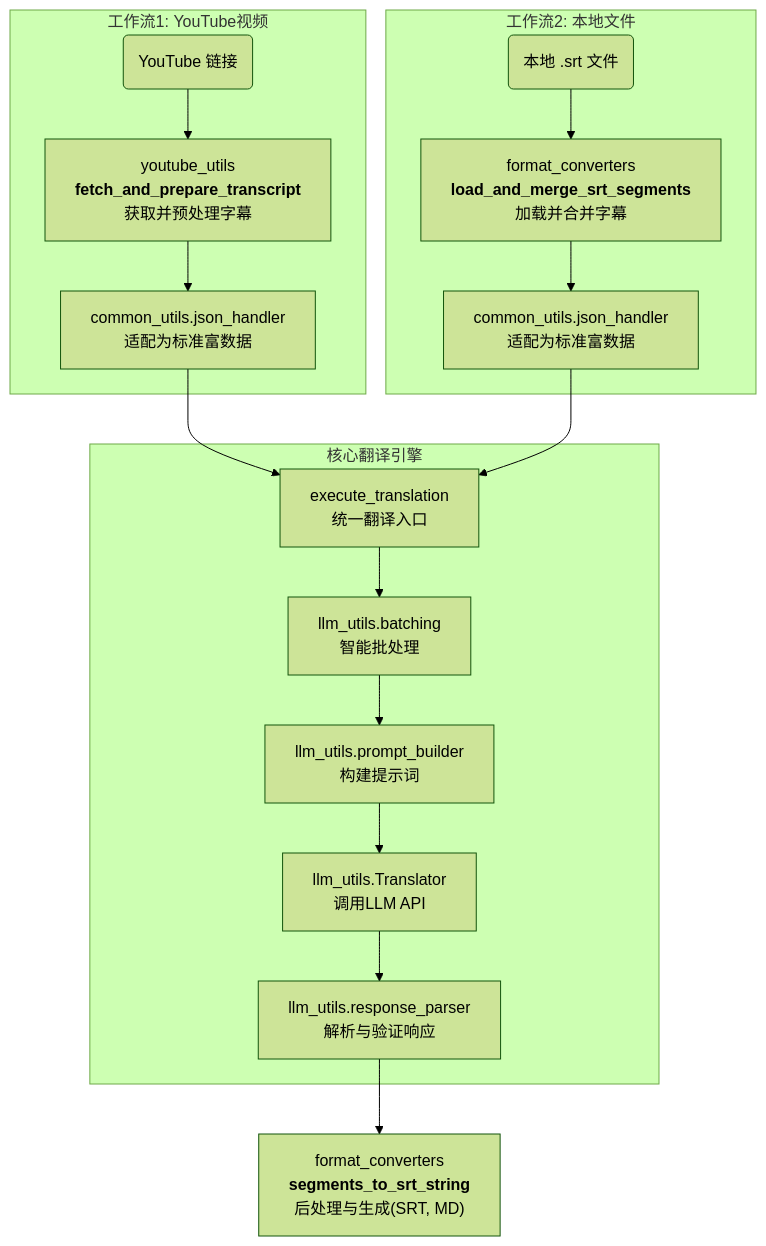
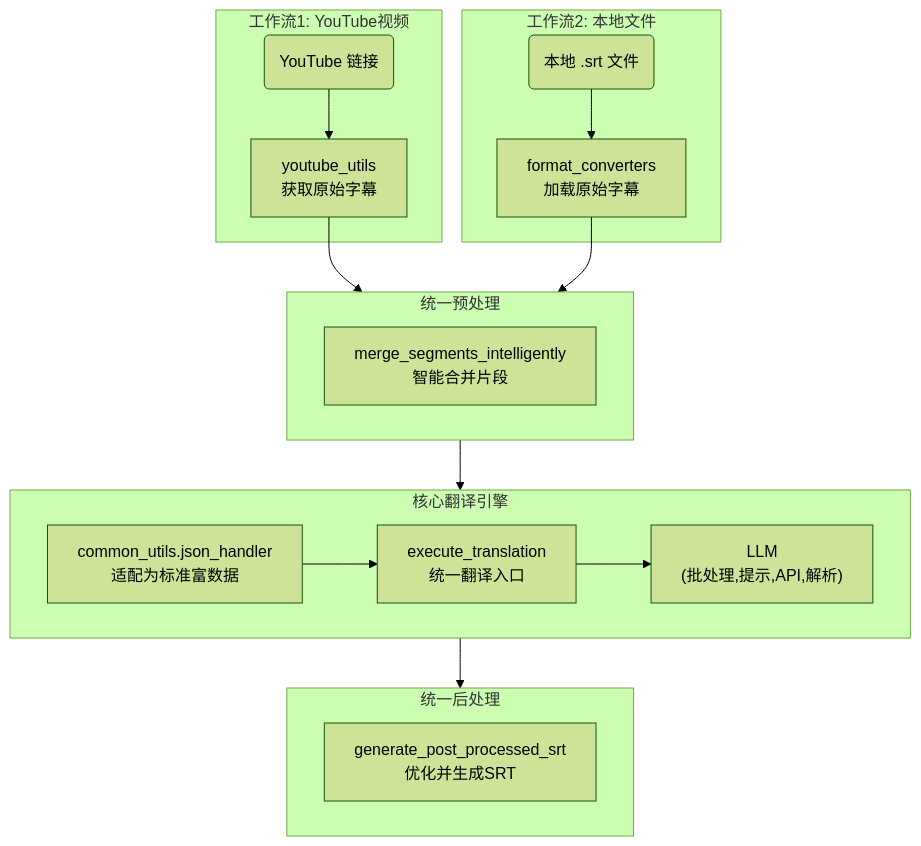
Before and after one commit to kuniyao/MultiMediaGenAI: the diagram in README.md, drawn with Mermaid (forest theme). The commit also changed other lines of this file and 8 other files, not shown here.

````diff
--- a/README.md
+++ b/README.md
@@ -25,24 +28,31 @@
 ```mermaid
 graph TD;
     subgraph A[工作流1: YouTube视频]
-        A1("YouTube 链接") --> A2["youtube_utils<br/><b>fetch_and_prepare_transcript</b><br/>获取并预处理字幕"];
-        A2 --> A3["common_utils.json_handler<br/>适配为标准富数据"];
+        A1("YouTube 链接") --> A2["youtube_utils<br/>获取原始字幕"];
     end
 
     subgraph B[工作流2: 本地文件]
-        B1("本地 .srt 文件") --> B2["format_converters<br/><b>load_and_merge_srt_segments</b><br/>加载并合并字幕"];
-        B2 --> B3["common_utils.json_handler<br/>适配为标准富数据"];
+        B1("本地 .srt 文件") --> B2["format_converters<br/>加载原始字幕"];
     end
 
-    subgraph C[核心翻译引擎]
-        C0["execute_translation<br/>统一翻译入口"] --> C1["llm_utils.batching<br/>智能批处理"];
-        C1 --> C2["llm_utils.prompt_builder<br/>构建提示词"];
-        C2 --> C3["llm_utils.Translator<br/>调用LLM API"];
-        C3 --> C4["llm_utils.response_parser<br/>解析与验证响应"];
+    A2 --> C;
+    B2 --> C;
+
+    subgraph C[统一预处理]
+        direction LR
+        C1["merge_segments_intelligently<br/>智能合并片段"];
+    end
+    
+    C --> D["common_utils.json_handler<br/>适配为标准富数据"];
+
+    subgraph E[核心翻译引擎]
+        direction LR
+        D --> E0["execute_translation<br/>统一翻译入口"];
+        E0 --> E1["LLM<br/>(批处理,提示,API,解析)"];
     end
 
-    A3 --> C0;
-    B3 --> C0;
-    
-    C4 --> D["format_converters<br/><b>segments_to_srt_string</b><br/>后处理与生成(SRT, MD)"];
+    subgraph F[统一后处理]
+        direction LR
+        E1 --> F1["generate_post_processed_srt<br/>优化并生成SRT"];
+    end
 ```
````
